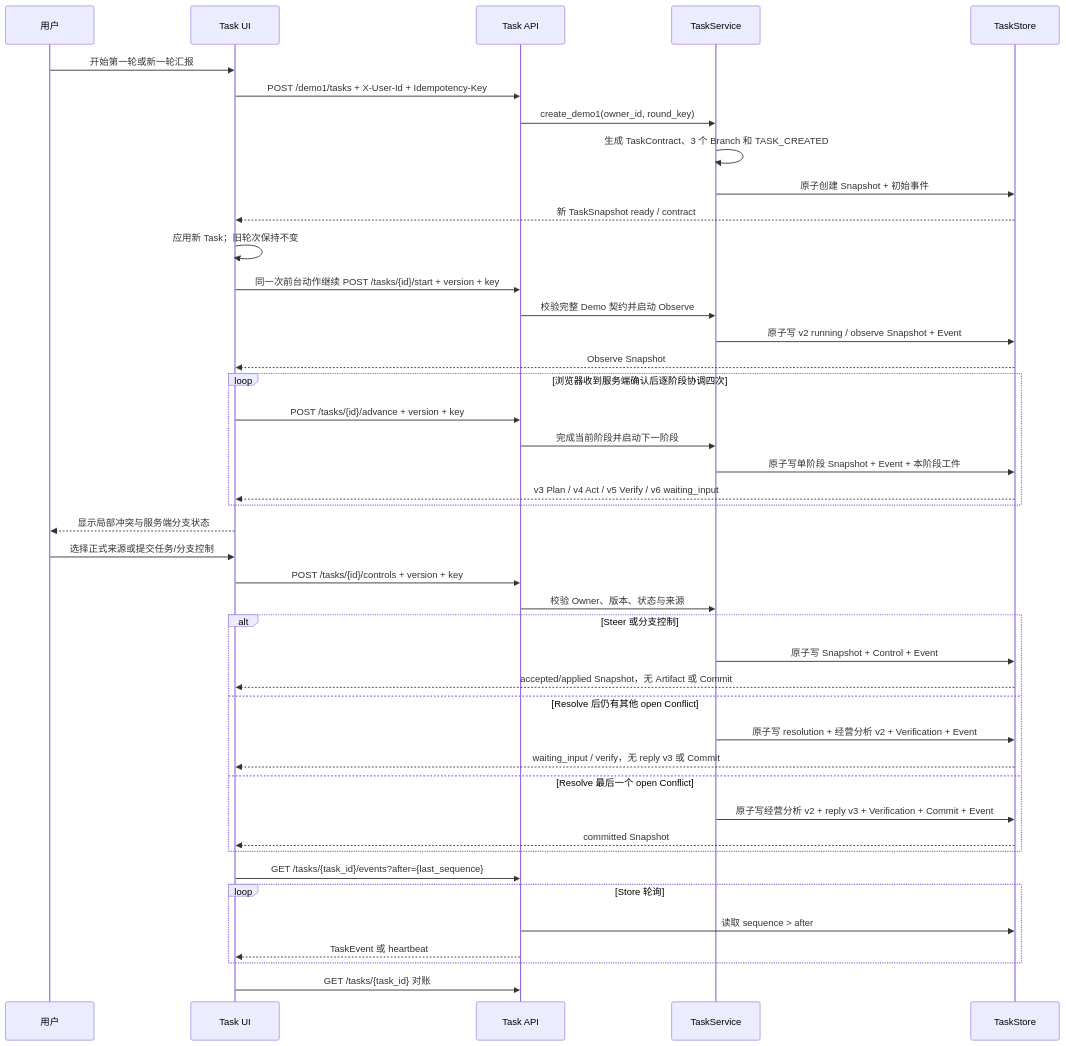
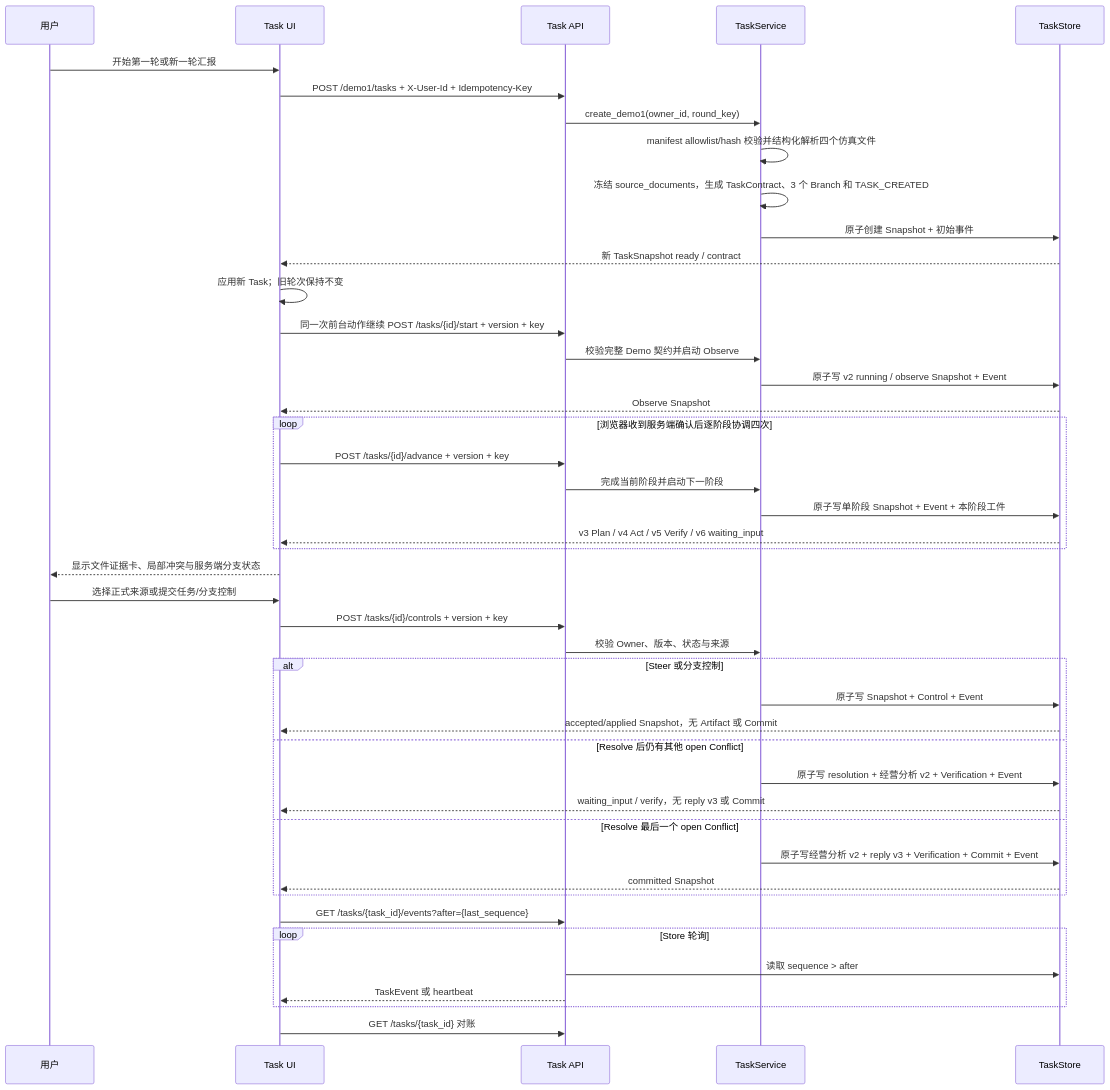
Before and after one commit to Dickey007s/lenovo_agent: the fifth of 7 diagrams in docs/ARCHITECTURE.md, drawn with Mermaid. The commit also changed other lines of this file and 16 other files, not shown here.

````diff
--- a/docs/ARCHITECTURE.md
+++ b/docs/ARCHITECTURE.md
@@ -215,46 +215,47 @@
 ```mermaid
 sequenceDiagram
     participant U as 用户
     participant W as Task UI
     participant A as Task API
     participant S as TaskService
     participant D as TaskStore
 
     U->>W: 开始第一轮或新一轮汇报
     W->>A: POST /demo1/tasks + X-User-Id + Idempotency-Key
     A->>S: create_demo1(owner_id, round_key)
-    S->>S: 生成 TaskContract、3 个 Branch 和 TASK_CREATED
+    S->>S: manifest allowlist/hash 校验并结构化解析四个仿真文件
+    S->>S: 冻结 source_documents，生成 TaskContract、3 个 Branch 和 TASK_CREATED
     S->>D: 原子创建 Snapshot + 初始事件
     D-->>W: 新 TaskSnapshot ready / contract
     W->>W: 应用新 Task；旧轮次保持不变
     W->>A: 同一次前台动作继续 POST /tasks/{id}/start + version + key
     A->>S: 校验完整 Demo 契约并启动 Observe
     S->>D: 原子写 v2 running / observe Snapshot + Event
     D-->>W: Observe Snapshot
     loop 浏览器收到服务端确认后逐阶段协调四次
         W->>A: POST /tasks/{id}/advance + version + key
         A->>S: 完成当前阶段并启动下一阶段
         S->>D: 原子写单阶段 Snapshot + Event + 本阶段工件
         D-->>W: v3 Plan / v4 Act / v5 Verify / v6 waiting_input
     end
-    W-->>U: 显示局部冲突与服务端分支状态
+    W-->>U: 显示文件证据卡、局部冲突与服务端分支状态
     U->>W: 选择正式来源或提交任务/分支控制
     W->>A: POST /tasks/{id}/controls + version + key
     A->>S: 校验 Owner、版本、状态与来源
     alt Steer 或分支控制
         S->>D: 原子写 Snapshot + Control + Event
         D-->>W: accepted/applied Snapshot，无 Artifact 或 Commit
     else Resolve 后仍有其他 open Conflict
         S->>D: 原子写 resolution + 经营分析 v2 + Verification + Event
         D-->>W: waiting_input / verify，无 reply v3 或 Commit
     else Resolve 最后一个 open Conflict
         S->>D: 原子写经营分析 v2 + reply v3 + Verification + Commit + Event
         D-->>W: committed Snapshot
     end
     W->>A: GET /tasks/{task_id}/events?after={last_sequence}
     loop Store 轮询
         A->>D: 读取 sequence > after
         A-->>W: TaskEvent 或 heartbeat
     end
     W->>A: GET /tasks/{task_id} 对账
 ```
````
